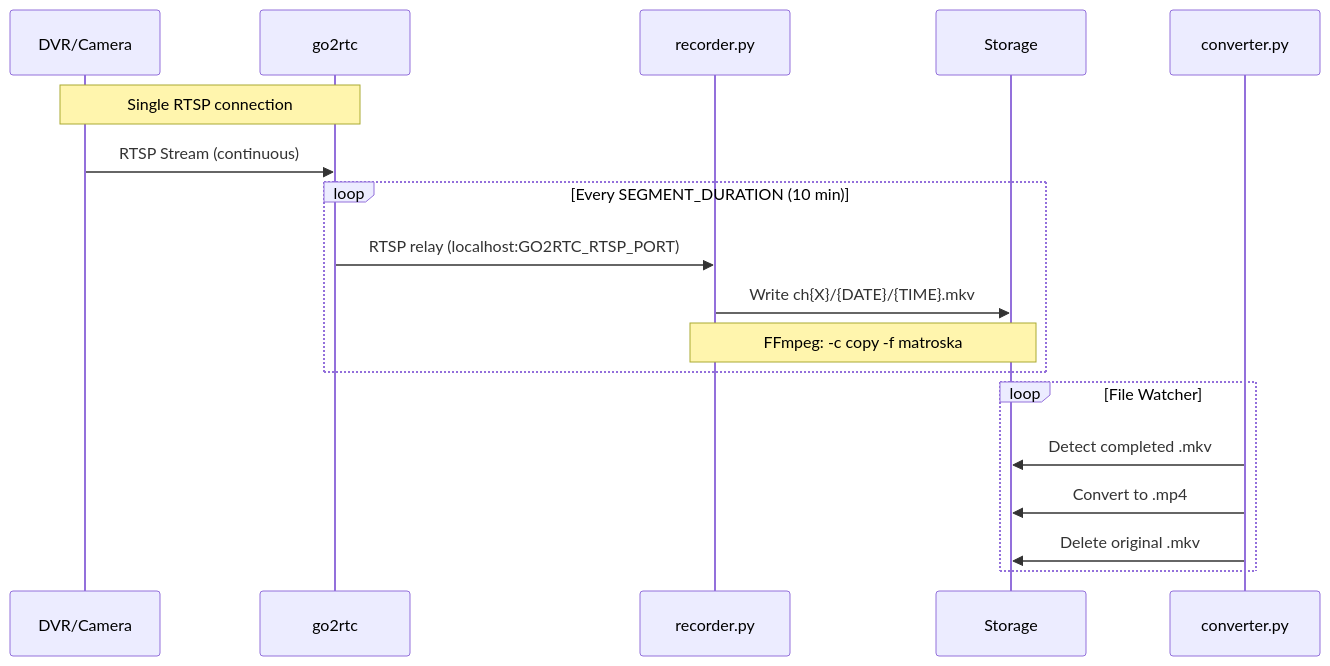
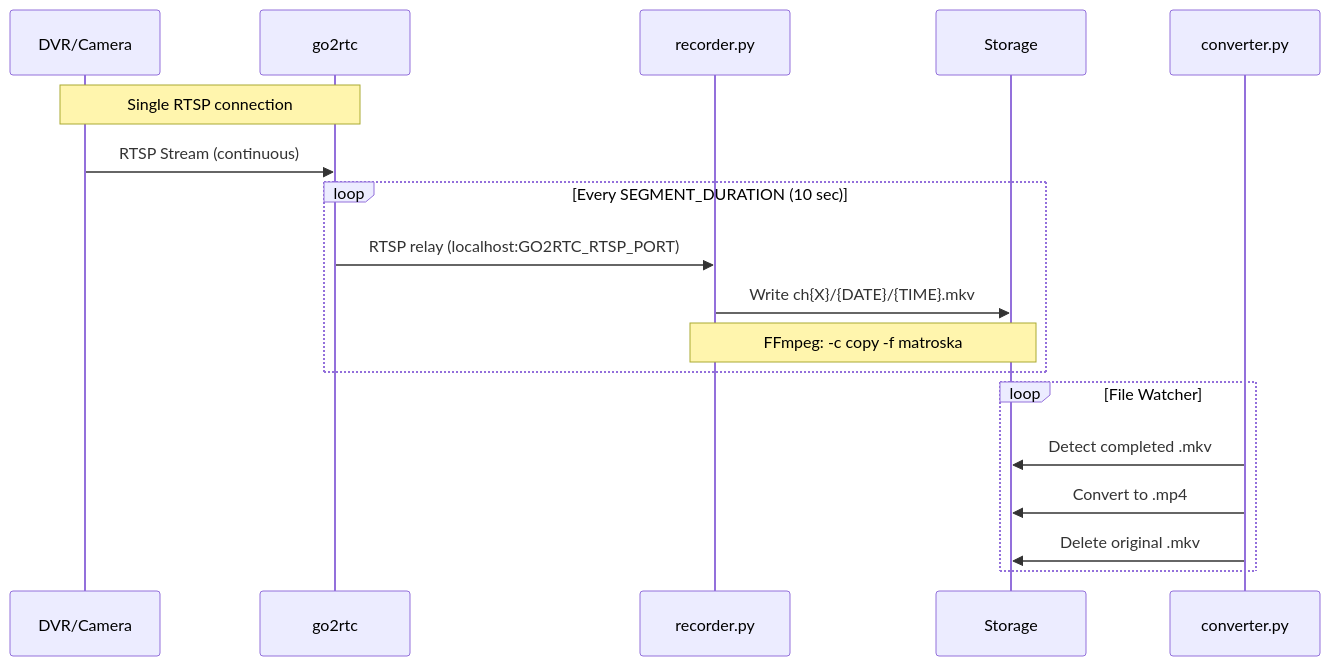
One commit to jebin2/Mini-NVR changed the second of 9 diagrams in design.md. Above: the diagram before and after it, drawn with Mermaid. The commit also changed 3 other files, not shown here.

````diff
--- a/design.md
+++ b/design.md
@@ -103,23 +103,23 @@
 ```mermaid
 sequenceDiagram
     participant DVR as DVR/Camera
     participant Go2RTC as go2rtc
     participant Recorder as recorder.py
     participant Disk as Storage
     participant Converter as converter.py
 
     Note over DVR,Go2RTC: Single RTSP connection
     DVR->>Go2RTC: RTSP Stream (continuous)
     
-    loop Every SEGMENT_DURATION (10 min)
+    loop Every SEGMENT_DURATION (10 sec)
         Go2RTC->>Recorder: RTSP relay (localhost:GO2RTC_RTSP_PORT)
         Recorder->>Disk: Write ch{X}/{DATE}/{TIME}.mkv
         Note over Recorder,Disk: FFmpeg: -c copy -f matroska
     end
 
     loop File Watcher
         Converter->>Disk: Detect completed .mkv
         Converter->>Disk: Convert to .mp4
         Converter->>Disk: Delete original .mkv
     end
 ```
````
